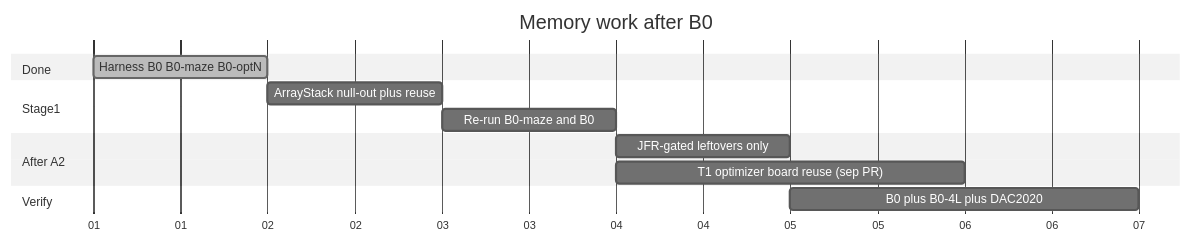
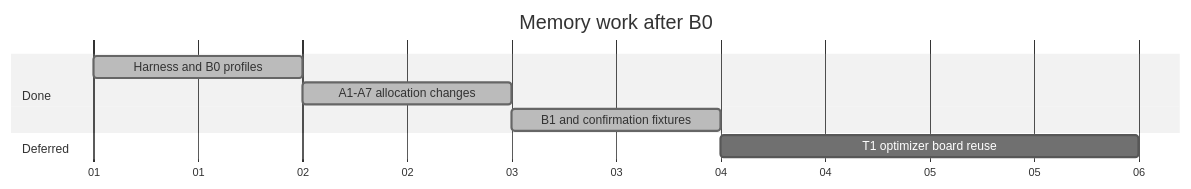
Before and after one commit to freerouting/freerouting: the fourth of 4 diagrams in docs/research/memory_allocation_optimization_plan.md, drawn with Mermaid (neutral theme). The commit also changed other lines of this file and 5 other files, not shown here.

````diff
--- a/docs/research/memory_allocation_optimization_plan.md
+++ b/docs/research/memory_allocation_optimization_plan.md
@@ -1420,16 +1457,12 @@
 ```mermaid
 gantt
     title Memory work after B0
     dateFormat YYYY-MM-DD
     axisFormat %d
     section Done
-    Harness B0 B0-maze B0-optN         :done, a1, 2026-01-01, 1d
-    section Stage1
-    ArrayStack null-out plus reuse     :a2, after a1, 1d
-    Re-run B0-maze and B0              :a3, after a2, 1d
-    section After A2
-    JFR-gated leftovers only           :a4, after a3, 1d
-    T1 optimizer board reuse (sep PR)  :a5, after a3, 2d
-    section Verify
-    B0 plus B0-4L plus DAC2020         :a6, after a4, 2d
+    Harness and B0 profiles            :done, a1, 2026-01-01, 1d
+    A1-A7 allocation changes           :done, a2, after a1, 1d
+    B1 and confirmation fixtures       :done, a3, after a2, 1d
+    section Deferred
+    T1 optimizer board reuse           :a4, after a3, 2d
 ```
````
